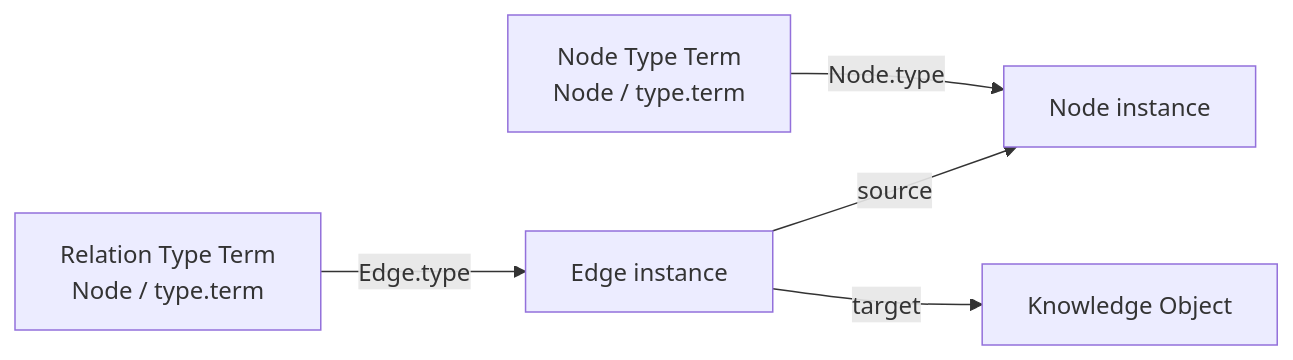
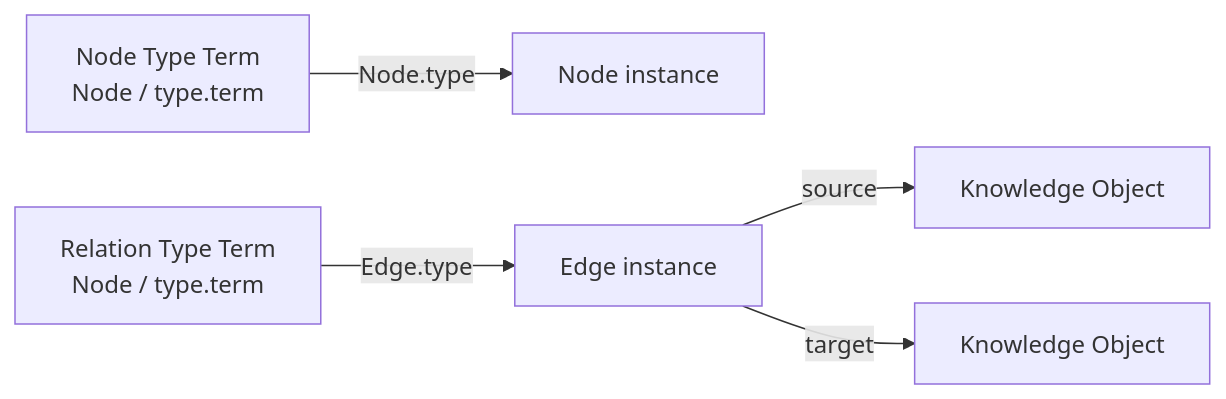
The fourth of 8 diagrams in docs/ontology/LWS_ONTOLOGY_SPECIFICATION.md (Listro02/Listro_Wiki_System), drawn with Mermaid before and after one commit. The commit also changed other lines of this file, not shown here.

````diff
--- a/docs/ontology/LWS_ONTOLOGY_SPECIFICATION.md
+++ b/docs/ontology/LWS_ONTOLOGY_SPECIFICATION.md
@@ -1316,7 +1333,7 @@
 ```mermaid
 flowchart LR
     NT["Node Type Term\nNode / type.term"] -->|"Node.type"| N["Node instance"]
     RT["Relation Type Term\nNode / type.term"] -->|"Edge.type"| E["Edge instance"]
-    E -->|"source"| N
-    E -->|"target"| O["Knowledge Object"]
+    E -->|"source"| S["Knowledge Object"]
+    E -->|"target"| T["Knowledge Object"]
 ```
````
